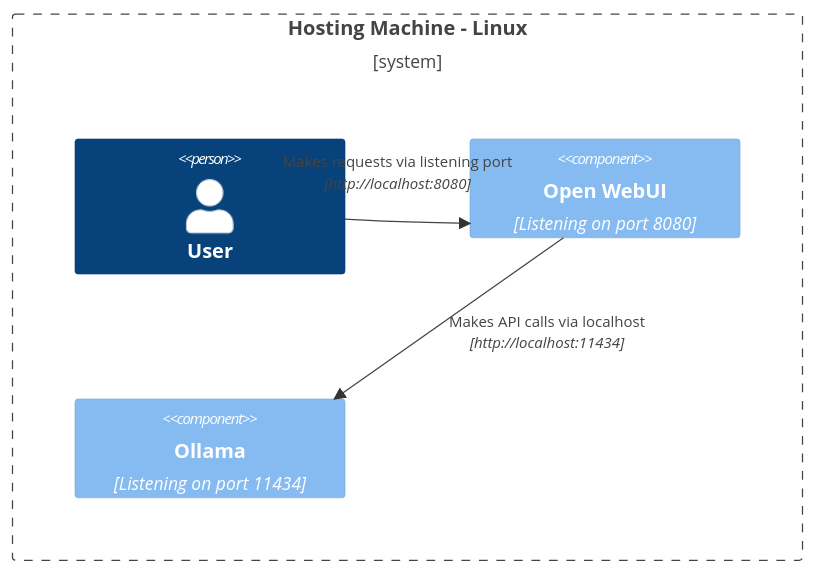
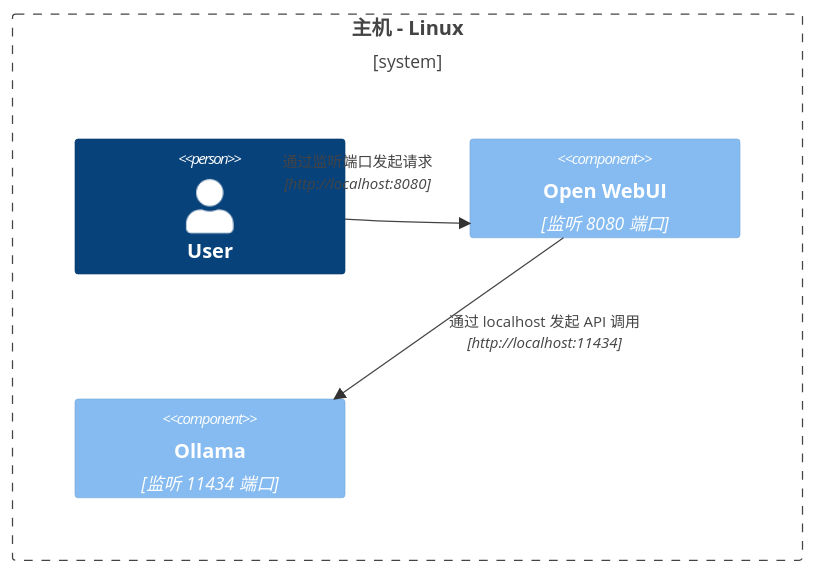
Before and after one commit to GamblerIX2/open-webui-docs: the eighth of 8 diagrams in docs/reference/network-diagrams.mdx, drawn with Mermaid. The commit also changed other lines of this file and 175 other files, not shown here.

````diff
--- a/docs/reference/network-diagrams.mdx
+++ b/docs/reference/network-diagrams.mdx
@@ -182,11 +182,11 @@
 ```mermaid
 C4Context
-Boundary(b0, "Hosting Machine - Linux") {
+Boundary(b0, "主机 - Linux") {
    Person(user, "User")
-   Component(openwebui, "Open WebUI", "Listening on port 8080")
-   Component(ollama, "Ollama", "Listening on port 11434")
+   Component(openwebui, "Open WebUI", "监听 8080 端口")
+   Component(ollama, "Ollama", "监听 11434 端口")
 }
-Rel(openwebui, ollama, "Makes API calls via localhost", "http://localhost:11434")
-Rel(user, openwebui, "Makes requests via listening port", "http://localhost:8080")
+Rel(openwebui, ollama, "通过 localhost 发起 API 调用", "http://localhost:11434")
+Rel(user, openwebui, "通过监听端口发起请求", "http://localhost:8080")
 UpdateRelStyle(user, openwebui, $offsetX="-100", $offsetY="-50")
 ```
````
